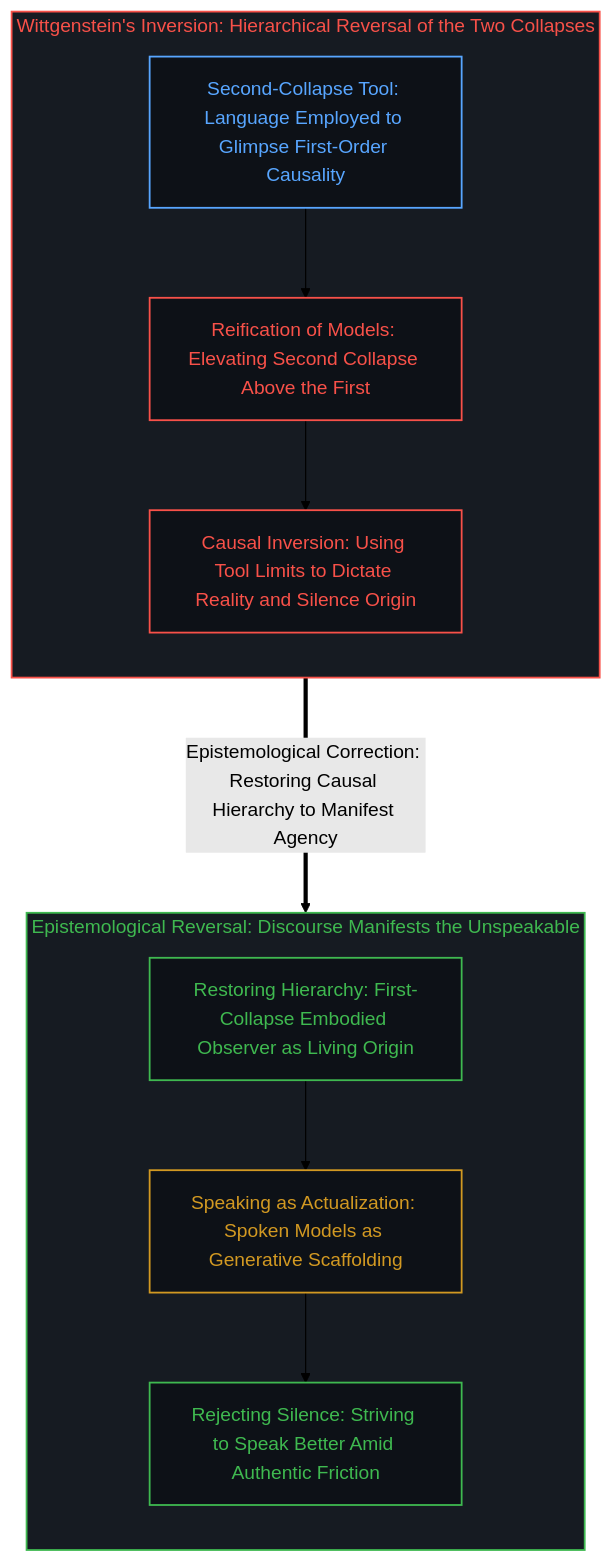
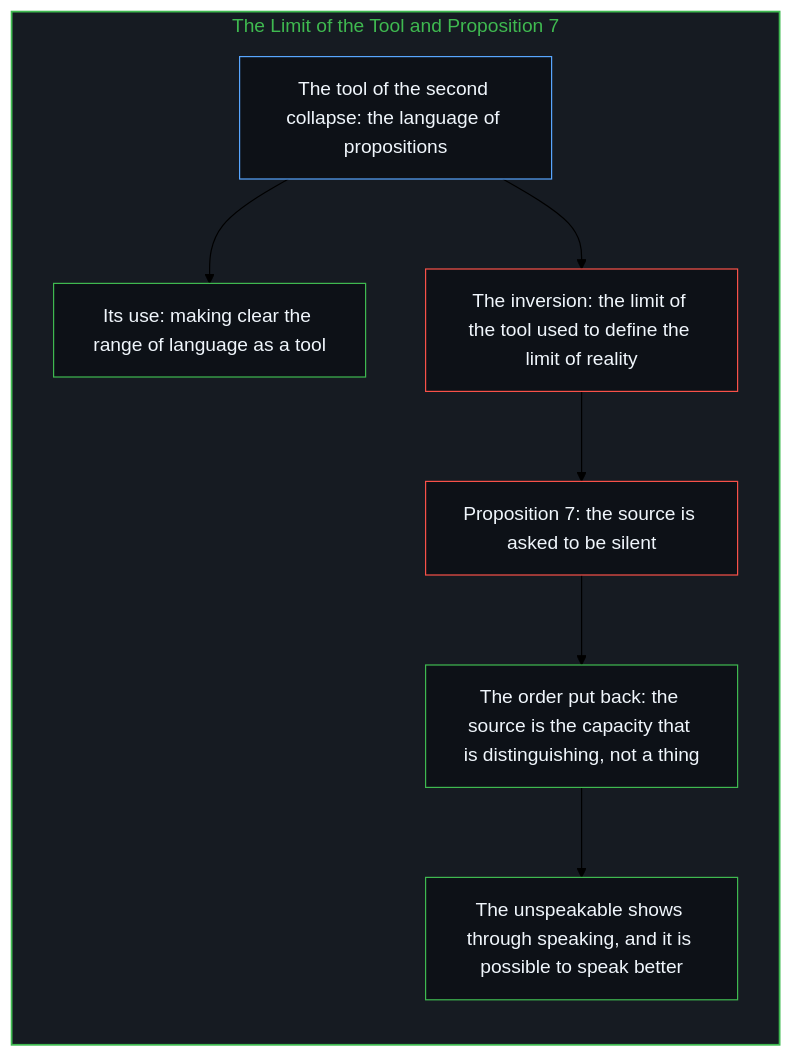
One commit to powerpig99/not-a-toe changed the eighth of 10 diagrams in content/posts/all-that-can-be-spoken-is-the-product-of-the-unspeakable.md. Above: the diagram before and after it, drawn with Mermaid (forest theme). The commit also changed other lines of this file and 2 other files, not shown here.

Commit message:
Refine all-that-can-be-spoken-is-the-product-of-the-unspeakable: alternating bilingual layout, five paired diagrams, the cut and the informational side of the machine, implicit first person

````diff
--- a/content/posts/all-that-can-be-spoken-is-the-product-of-the-unspeakable.md
+++ b/content/posts/all-that-can-be-spoken-is-the-product-of-the-unspeakable.md
@@ -289,29 +263,25 @@
 ```mermaid
-graph TD
-    classDef default fill:#0d1117,stroke:#30363d,stroke-width:1px,color:#f0f6fc;
-    classDef mind fill:#0d1117,stroke:#3fb950,stroke-width:1.5px,color:#3fb950;
-    classDef failure fill:#0d1117,stroke:#f85149,stroke-width:1.5px,color:#f85149;
-    classDef scaffold fill:#0d1117,stroke:#d29922,stroke-width:1.5px,color:#d29922;
-    classDef model fill:#0d1117,stroke:#58a6ff,stroke-width:1.5px,color:#58a6ff;
-
-    subgraph S_Wittgenstein_EN ["Wittgenstein's Inversion: Hierarchical Reversal of the Two Collapses"]
+flowchart TD
+    subgraph S_Seven["The Limit of the Tool and Proposition 7"]
         direction TB
-        WE1["Second-Collapse Tool: Language Employed to Glimpse First-Order Causality"]:::model
-        WE2["Reification of Models: Elevating Second Collapse Above the First"]:::failure
-        WE3["Causal Inversion: Using Tool Limits to Dictate Reality and Silence Origin"]:::failure
-        WE1 --> WE2 --> WE3
+        Tool["The tool of the second collapse: the language of propositions"]
+        Use["Its use: making clear the range of language as a tool"]
+        Over["The inversion: the limit of the tool used to define the limit of reality"]
+        Silent["Proposition 7: the source is asked to be silent"]
+        Back["The order put back: the source is the capacity that is distinguishing, not a thing"]
+        Speak["The unspeakable shows through speaking, and it is possible to speak better"]
+        Tool --> Use
+        Tool --> Over
+        Over --> Silent
+        Silent --> Back
+        Back --> Speak
     end
 
-    subgraph S_Reconstruction_EN ["Epistemological Reversal: Discourse Manifests the Unspeakable"]
-        direction TB
-        RE1["Restoring Hierarchy: First-Collapse Embodied Observer as Living Origin"]:::mind
-        RE2["Speaking as Actualization: Spoken Models as Generative Scaffolding"]:::scaffold
-        RE3["Rejecting Silence: Striving to Speak Better Amid Authentic Friction"]:::mind
-        RE1 --> RE2 --> RE3
-    end
-
-    WE3 ===>|"Epistemological Correction: Restoring Causal Hierarchy to Manifest Agency"| RE1
-
-    style S_Wittgenstein_EN fill:#161b22,stroke:#f85149,stroke-width:1.5px,color:#f85149
-    style S_Reconstruction_EN fill:#161b22,stroke:#3fb950,stroke-width:1.5px,color:#3fb950
+    style S_Seven fill:#161b22,stroke:#3fb950,stroke-width:1.5px,color:#3fb950
+    style Tool fill:#0d1117,stroke:#58a6ff,stroke-width:1px,color:#f0f6fc
+    style Use fill:#0d1117,stroke:#3fb950,stroke-width:1px,color:#f0f6fc
+    style Over fill:#0d1117,stroke:#f85149,stroke-width:1px,color:#f0f6fc
+    style Silent fill:#0d1117,stroke:#f85149,stroke-width:1px,color:#f0f6fc
+    style Back fill:#0d1117,stroke:#3fb950,stroke-width:1px,color:#f0f6fc
+    style Speak fill:#0d1117,stroke:#3fb950,stroke-width:1px,color:#f0f6fc
 ```
````
